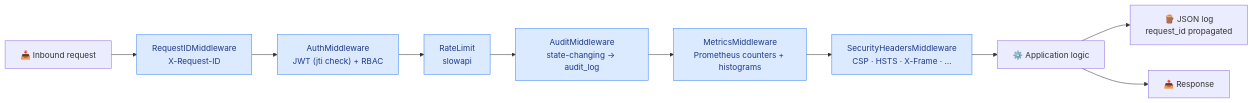
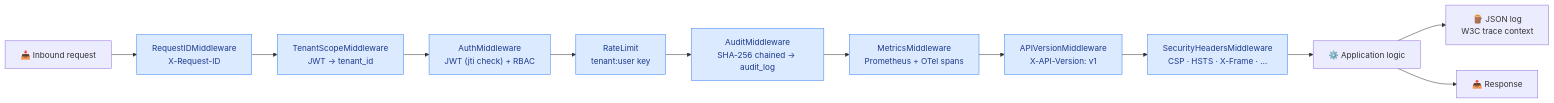
Before and after one commit to omarbabba779xx/CyberTwin-SOC: diagram 14 of 19 in README.md, drawn with Mermaid. The commit also changed other lines of this file, not shown here.

````diff
--- a/README.md
+++ b/README.md
@@ -923,15 +948,17 @@
 ```mermaid
 flowchart LR
     REQ["📥 Inbound request"] --> RID["RequestIDMiddleware<br/>X-Request-ID"]
-    RID --> AUTH["AuthMiddleware<br/>JWT (jti check) + RBAC"]
-    AUTH --> RL["RateLimit<br/>slowapi"]
-    RL --> AUD["AuditMiddleware<br/>state-changing → audit_log"]
-    AUD --> METR["MetricsMiddleware<br/>Prometheus counters + histograms"]
-    METR --> SEC["SecurityHeadersMiddleware<br/>CSP · HSTS · X-Frame · …"]
+    RID --> TNT["TenantScopeMiddleware<br/>JWT → tenant_id"]
+    TNT --> AUTH["AuthMiddleware<br/>JWT (jti check) + RBAC"]
+    AUTH --> RL["RateLimit<br/>tenant:user key"]
+    RL --> AUD["AuditMiddleware<br/>SHA-256 chained → audit_log"]
+    AUD --> METR["MetricsMiddleware<br/>Prometheus + OTel spans"]
+    METR --> VER["APIVersionMiddleware<br/>X-API-Version: v1"]
+    VER --> SEC["SecurityHeadersMiddleware<br/>CSP · HSTS · X-Frame · …"]
     SEC --> APP["⚙️ Application logic"]
-    APP --> LOG["🪵 JSON log<br/>request_id propagated"]
+    APP --> LOG["🪵 JSON log<br/>W3C trace context"]
     APP --> RESP["📤 Response"]
 
     classDef mw fill:#dbeafe,stroke:#3b82f6,color:#1e3a8a
-    class RID,AUTH,RL,AUD,METR,SEC mw
+    class RID,TNT,AUTH,RL,AUD,METR,VER,SEC mw
 ```
````
